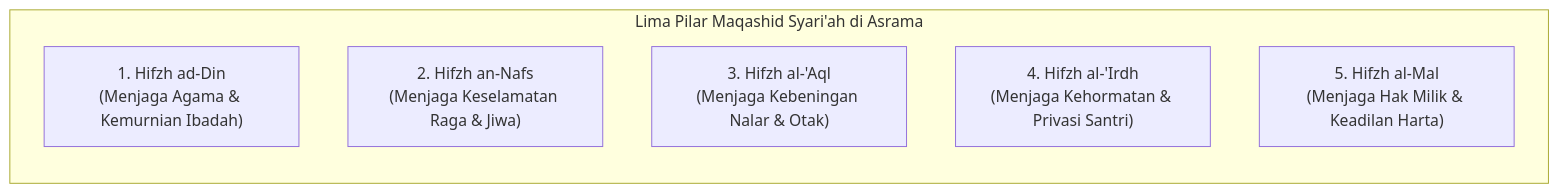
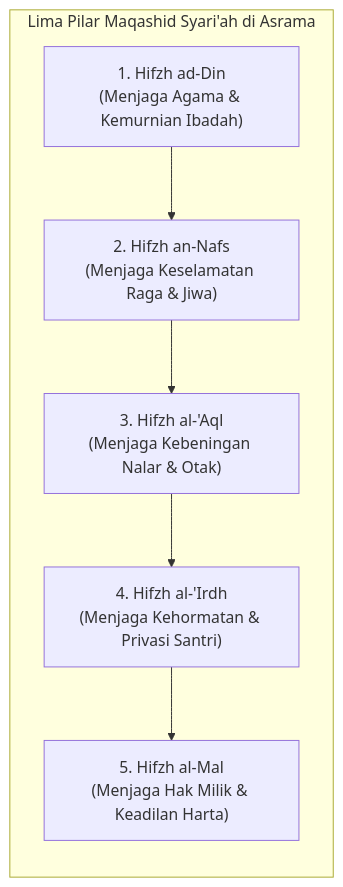
Before and after one commit to wandiapriliyandi/tumbuh: the seventh of 7 diagrams in BOOK Series 1/01-The-Fundamental-of-TUMBUH/Bab-02-Pandangan-Alam-Islam-sebagai-Poros-Pendidikan.md, drawn with Mermaid. The commit also changed other lines of this file and 35 other files, not shown here.

Commit message:
fix(book-01): optimasi keterbacaan diagram mermaid pada seluruh bab dan perbarui 20 file PDF

````diff
--- a/BOOK Series 1/01-The-Fundamental-of-TUMBUH/Bab-02-Pandangan-Alam-Islam-sebagai-Poros-Pendidikan.md
+++ b/BOOK Series 1/01-The-Fundamental-of-TUMBUH/Bab-02-Pandangan-Alam-Islam-sebagai-Poros-Pendidikan.md
@@ -260,10 +265,11 @@
 ```mermaid
-graph LR
+graph TD
     subgraph MAQASHID_PESANTREN["Lima Pilar Maqashid Syari'ah di Asrama"]
+        direction TB
         D["1. Hifzh ad-Din<br/>(Menjaga Agama & Kemurnian Ibadah)"]
-        N["2. Hifzh an-Nafs<br/>(Menjaga Keselamatan Raga & Jiwa)"]
-        A["3. Hifzh al-'Aql<br/>(Menjaga Kebeningan Nalar & Otak)"]
-        I["4. Hifzh al-'Irdh<br/>(Menjaga Kehormatan & Privasi Santri)"]
-        M["5. Hifzh al-Mal<br/>(Menjaga Hak Milik & Keadilan Harta)"]
+        --> N["2. Hifzh an-Nafs<br/>(Menjaga Keselamatan Raga & Jiwa)"]
+        --> A["3. Hifzh al-'Aql<br/>(Menjaga Kebeningan Nalar & Otak)"]
+        --> I["4. Hifzh al-'Irdh<br/>(Menjaga Kehormatan & Privasi Santri)"]
+        --> M["5. Hifzh al-Mal<br/>(Menjaga Hak Milik & Keadilan Harta)"]
     end
 ```
````
